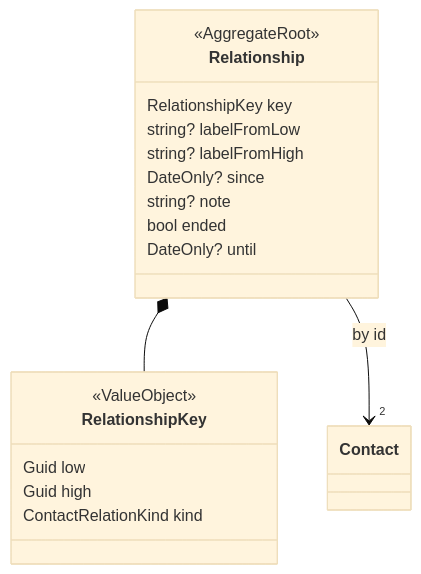
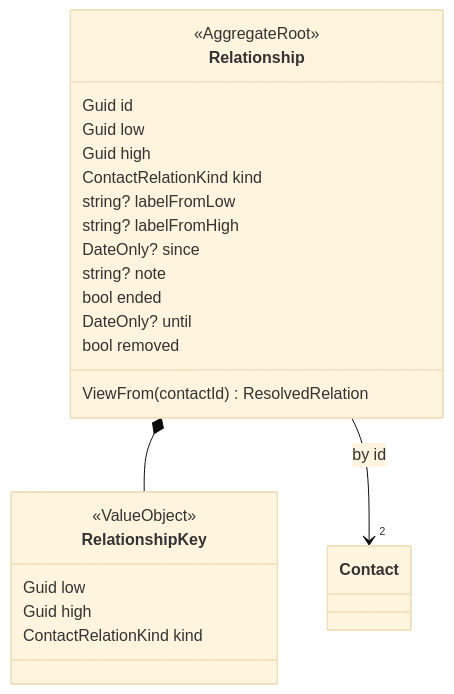
Before and after one commit to danbro96/LupiraContactApi: the diagram in docs/relationships.md, drawn with Mermaid (base theme). The commit also changed other lines of this file and 69 other files, not shown here.

````diff
--- a/docs/relationships.md
+++ b/docs/relationships.md
@@ -42,21 +7,26 @@
 ```mermaid
 classDiagram
   class Relationship {
     <<AggregateRoot>>
-    RelationshipKey key
+    Guid id
+    Guid low
+    Guid high
+    ContactRelationKind kind
     string? labelFromLow
     string? labelFromHigh
     DateOnly? since
     string? note
     bool ended
     DateOnly? until
+    bool removed
+    ViewFrom(contactId) ResolvedRelation
   }
   class RelationshipKey {
     <<ValueObject>>
     Guid low
     Guid high
     ContactRelationKind kind
   }
   Relationship *-- RelationshipKey
   Relationship --> "2" Contact : by id
 ```
````
